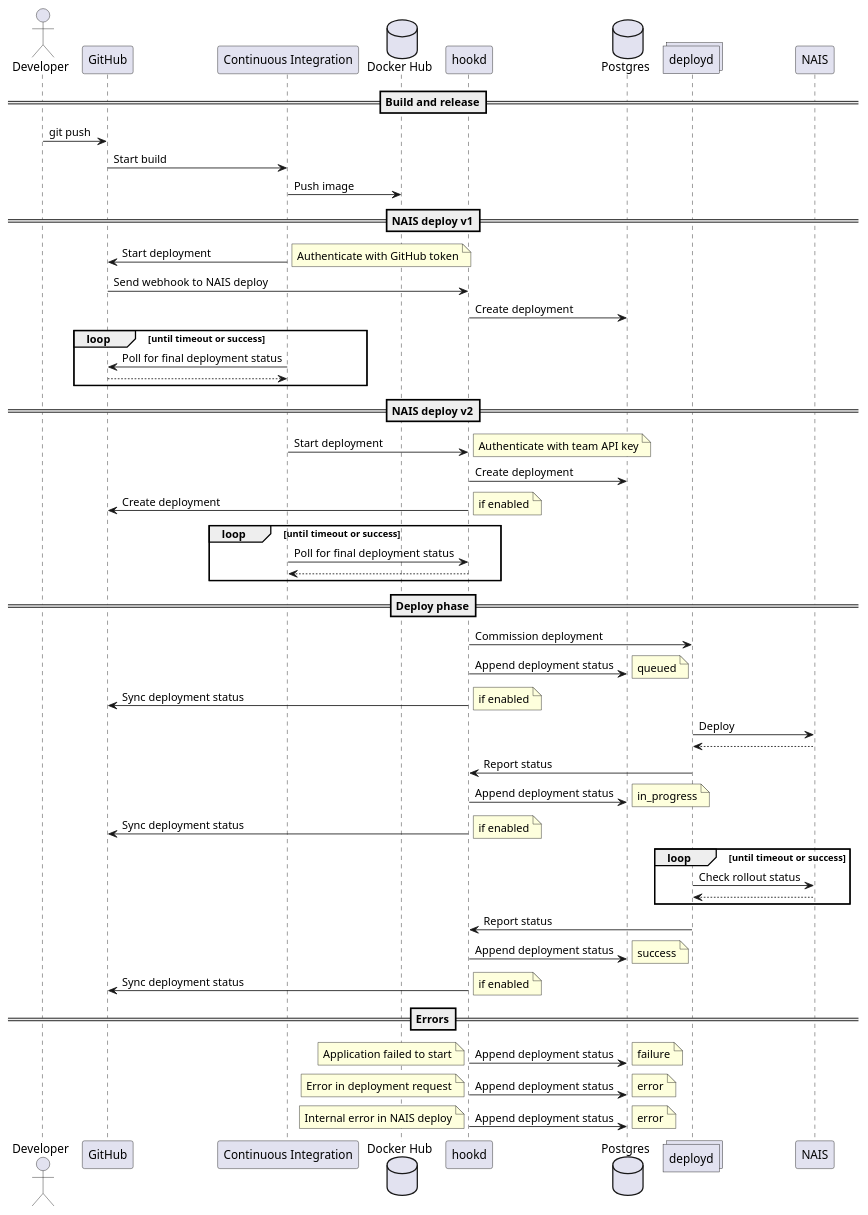
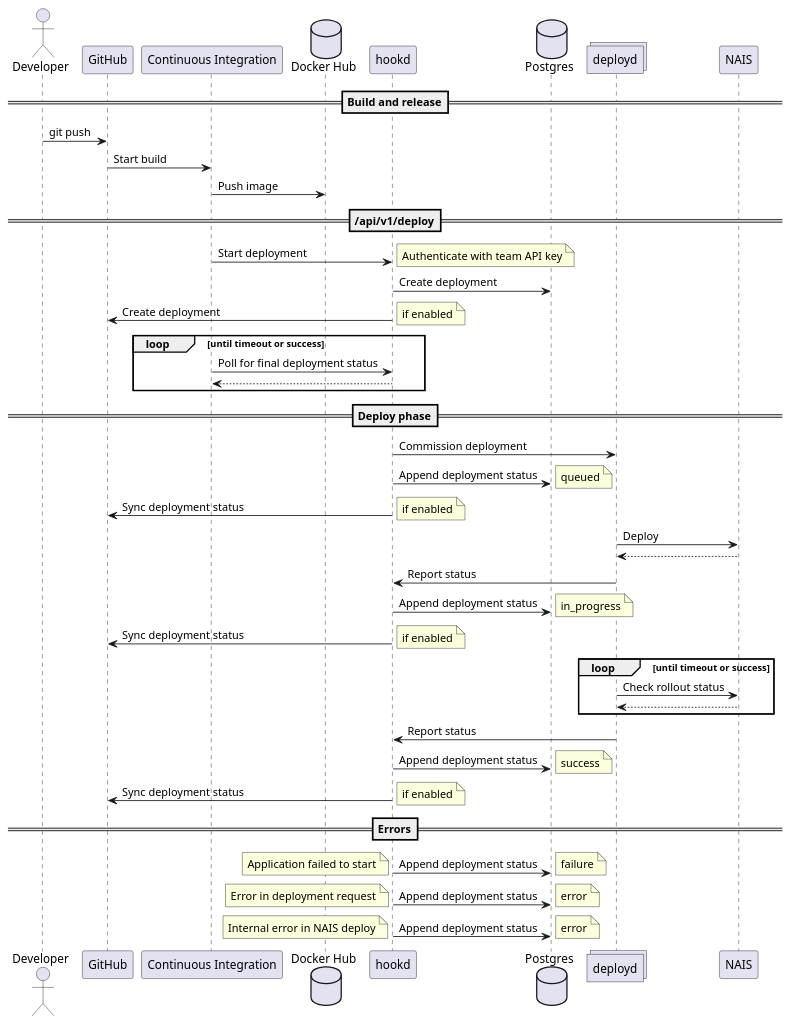
One commit to nais/deploy changed the diagram in doc/sequence.puml. Above: the diagram before and after it, drawn with PlantUML. The commit also changed 1 other file, not shown here.

Commit message:
remove nais deploy v1 from doc

```diff
--- a/doc/sequence.puml
+++ b/doc/sequence.puml
@@ -1,76 +1,65 @@
 @startuml component
 
 actor developer as "Developer"
 participant github as "GitHub"
 participant ci as "Continuous Integration"
 database registry as "Docker Hub"
 participant hookd
 database db as "Postgres"
 collections deployd
 participant kubernetes as "NAIS"
 
 ==Build and release==
 developer -> github: git push
 github -> ci: Start build
 ci -> registry: Push image
 
-==NAIS deploy v1==
-ci -> github: Start deployment
-note right: Authenticate with GitHub token
-github -> hookd: Send webhook to NAIS deploy
-hookd -> db: Create deployment
-
-loop until timeout or success
-	ci -> github: Poll for final deployment status
-	github --> ci
-end
-
-==NAIS deploy v2==
+==/api/v1/deploy==
 ci -> hookd: Start deployment
 note right: Authenticate with team API key
 hookd -> db: Create deployment
 hookd -> github: Create deployment
 note right: if enabled
 
 loop until timeout or success
 	ci -> hookd: Poll for final deployment status
 	hookd --> ci
 end
 
 ==Deploy phase==
 hookd -> deployd: Commission deployment
 hookd -> db: Append deployment status
 note right: queued
 hookd -> github: Sync deployment status
 note right: if enabled
 deployd -> kubernetes: Deploy
 kubernetes --> deployd
 deployd -> hookd: Report status
 hookd -> db: Append deployment status
 note right: in_progress
 hookd -> github: Sync deployment status
 note right: if enabled
 
 loop until timeout or success
 	deployd -> kubernetes: Check rollout status
 	kubernetes --> deployd
 end
 
 deployd -> hookd: Report status
 hookd -> db: Append deployment status
 note right: success
 hookd -> github: Sync deployment status
 note right: if enabled
 
 ==Errors==
 hookd -> db:  Append deployment status
 note left: Application failed to start
 note right: failure
 hookd -> db:  Append deployment status
 note left: Error in deployment request
 note right: error
 hookd -> db:  Append deployment status
 note left: Internal error in NAIS deploy
 note right: error
 
 @enduml
```
